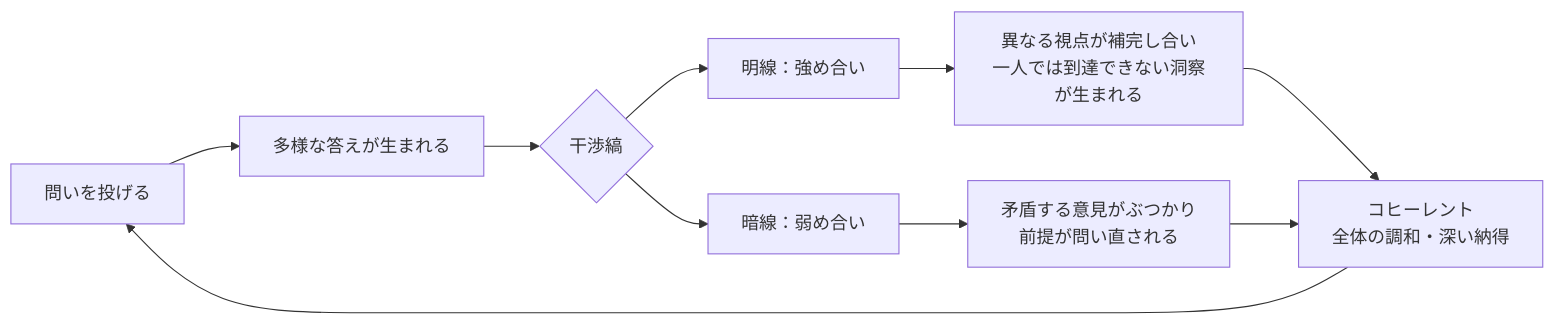
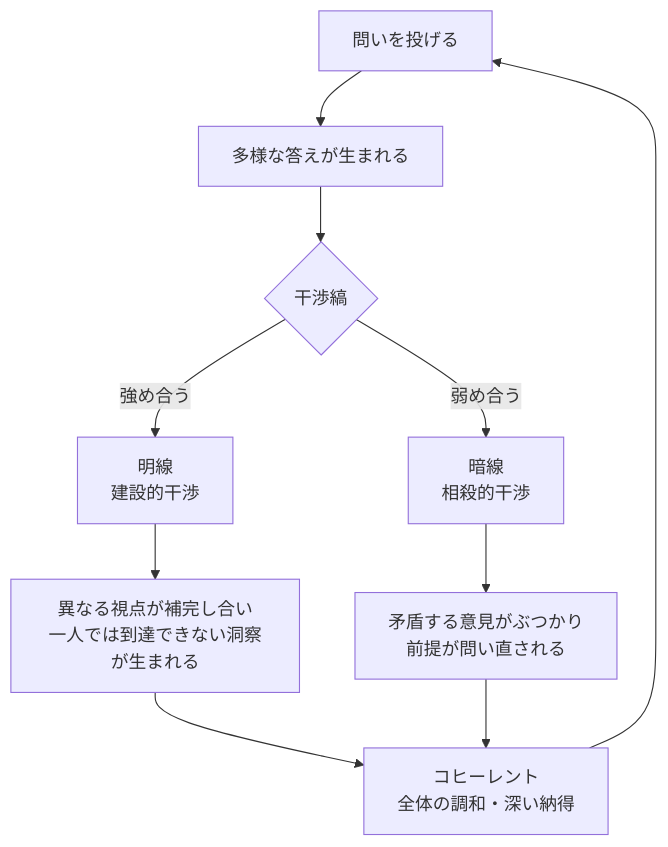
Before and after one commit to VOMOYA/nalba-ai-education-report: the third of 5 diagrams in kaetsu-ariake-ai-kenshu-02-20260325.md, drawn with Mermaid. The commit also changed other lines of this file, not shown here.

````diff
--- a/kaetsu-ariake-ai-kenshu-02-20260325.md
+++ b/kaetsu-ariake-ai-kenshu-02-20260325.md
@@ -71,12 +91,12 @@
 ```mermaid
-graph LR
+graph TD
     A[問いを投げる] --> B[多様な答えが生まれる]
     B --> C{干渉縞}
-    C --> D[明線：強め合い]
-    C --> E[暗線：弱め合い]
-    D --> F[異なる視点が補完し合い<br/>一人では到達できない洞察が生まれる]
-    E --> G[矛盾する意見がぶつかり<br/>前提が問い直される]
+    C -->|強め合う| D[明線<br/>建設的干渉]
+    C -->|弱め合う| E[暗線<br/>相殺的干渉]
+    D --> F["異なる視点が補完し合い<br/>一人では到達できない洞察が生まれる"]
+    E --> G["矛盾する意見がぶつかり<br/>前提が問い直される"]
     F --> H[コヒーレント<br/>全体の調和・深い納得]
     G --> H
     H --> A
 ```
````
